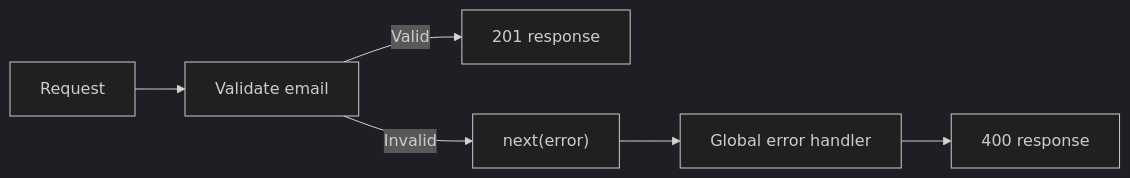
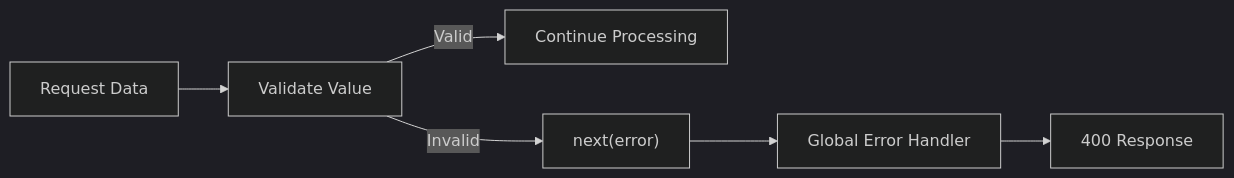
One commit to Rokiis1/Teaching-Materia changed the second of 2 diagrams in docs/en/express/validation_error_handling/1_level/1_level_validation_error_handling.md. Above: the diagram before and after it, drawn with Mermaid (dark theme). The commit also changed other lines of this file and 1 other file, not shown here.

````diff
--- a/docs/en/express/validation_error_handling/1_level/1_level_validation_error_handling.md
+++ b/docs/en/express/validation_error_handling/1_level/1_level_validation_error_handling.md
@@ -74,8 +116,8 @@
 ```mermaid
 flowchart LR
-    A["Request"] --> B["Validate email"]
-    B -->|"Valid"| C["201 response"]
+    A["Request Data"] --> B["Validate Value"]
+    B -->|"Valid"| C["Continue Processing"]
     B -->|"Invalid"| D["next(error)"]
-    D --> E["Global error handler"]
-    E --> F["400 response"]
+    D --> E["Global Error Handler"]
+    E --> F["400 Response"]
 ```
````
